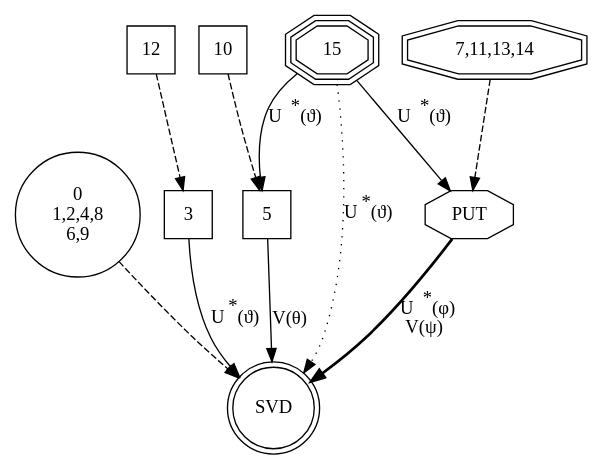
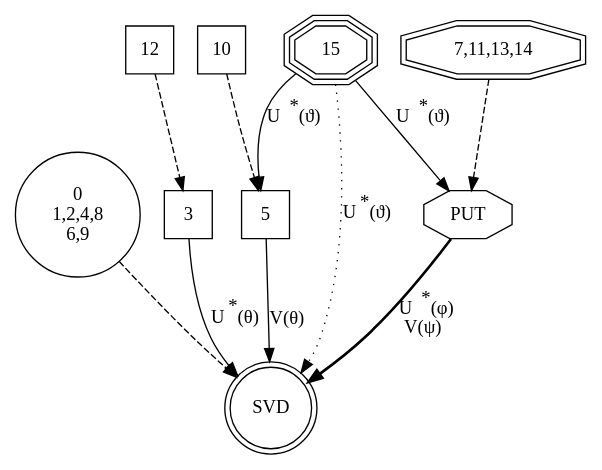
One commit to venovako/libpvn changed the diagram in var/sv2.dot. Above: the diagram before and after it, drawn with Graphviz. The commit also changed 2 other files, not shown here.

```diff
--- a/var/sv2.dot
+++ b/var/sv2.dot
@@ -1,23 +1,23 @@
 strict digraph sv2 {
     {
         0124869 [shape=circle,label="0\n1,2,4,8\n6,9"]
         3 [shape=square]
         5 [shape=square]
         7111314 [shape=doubleoctagon,label="7,11,13,14"]
         10 [shape=square]
         12 [shape=square]
         15 [shape=tripleoctagon]
         PUT [shape=octagon]
         SVD [shape=doublecircle]
     }
     0124869 -> SVD [style=dashed]
-    3 -> SVD [label=<U<SUP>*</SUP>(ϑ)>]
+    3 -> SVD [label=<U<SUP>*</SUP>(θ)>]
     7111314 -> PUT [style=dashed]
     12 -> 3 [style=dashed]
     PUT -> SVD [label=< U<SUP>*</SUP>(φ)<BR/> V(ψ)>,style=bold]
     5 -> SVD [label=< V(θ)>]
     10 -> 5 [style=dashed]
     15 -> 5 [label=< U<SUP>*</SUP>(ϑ)>]
     15 -> SVD [label=<U<SUP>*</SUP>(ϑ)>,style=dotted]
     15 -> PUT [label=< U<SUP>*</SUP>(ϑ)>]
 }
```
